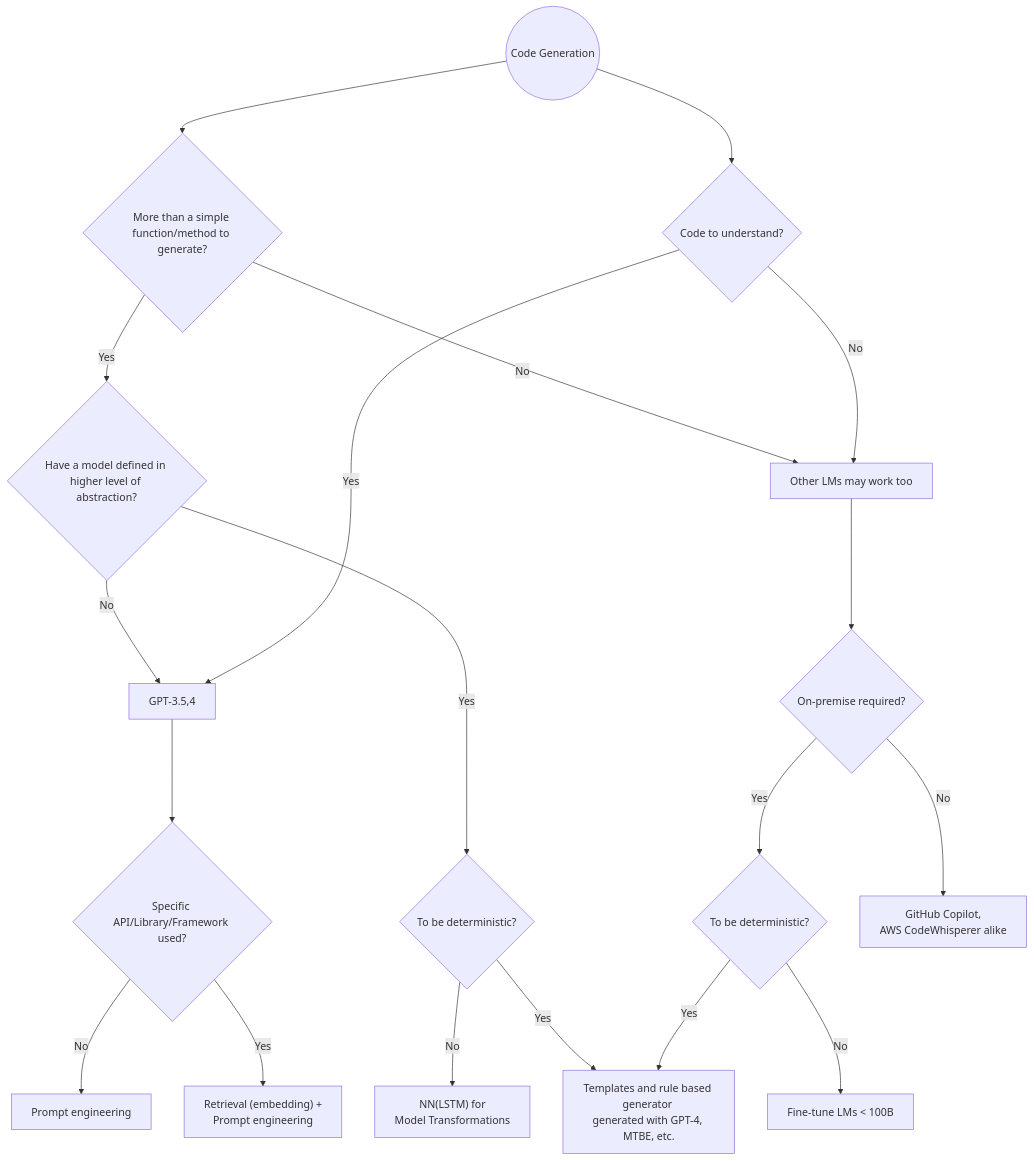
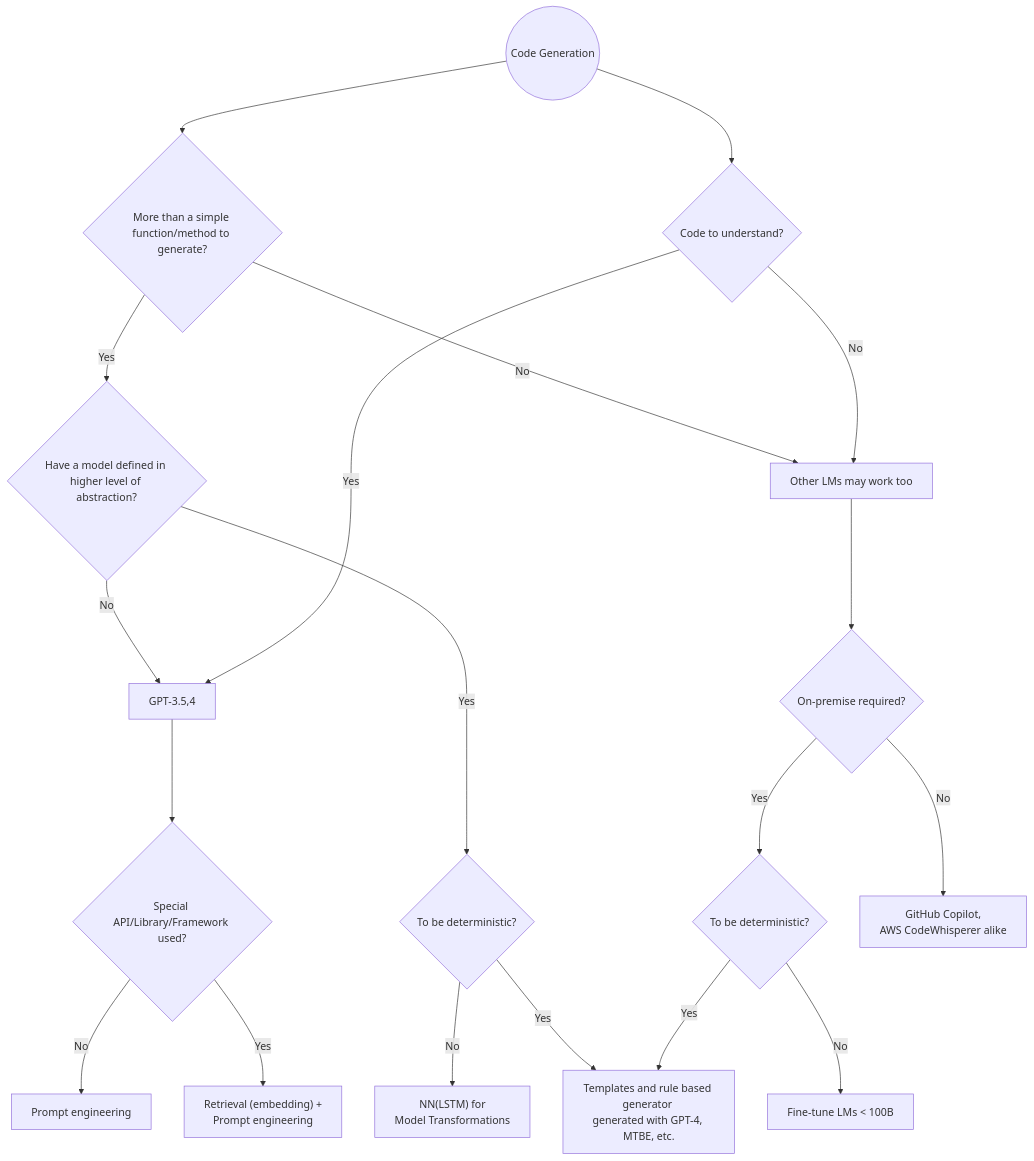
The diagram in Code-LLM-alternatives.md (AI-LLM/ai-llm.github.io), drawn with Mermaid before and after one commit.

````diff
--- a/Code-LLM-alternatives.md
+++ b/Code-LLM-alternatives.md
@@ -612,21 +612,21 @@
 ```mermaid
 graph TD;
     S((Code Generation))-->Q1{"More than a simple \nfunction/method to generate?"};
     S-->Q2{Code to understand?};
     Q1 -- Yes --> Q1a{"Have a model defined in \nhigher level of abstraction?"}
     Q1a -- No --> P1[GPT-3.5,4];
     Q1a -- Yes --> Q1b{To be deterministic?} 
     Q1b -- No --> P12["NN(LSTM) for \nModel Transformations"]
     Q1b -- Yes --> P21
     Q1 -- No -->P2[Other LMs may work too];
     Q2 -- Yes -->P1[GPT-3.5,4];
     Q2 -- No -->P2;
-    P1 --> Q3{"Specific \nAPI/Library/Framework used?"};
+    P1 --> Q3{"Special \nAPI/Library/Framework used?"};
     Q3 -- No -->P10[Prompt engineering];
     Q3 -- Yes -->P11["Retrieval (embedding) + \nPrompt engineering"];
     P2 --> Q4{On-premise required?};
     Q4 -- Yes --> Q5{To be deterministic?};
     Q4 -- No --> P23["GitHub Copilot, \nAWS CodeWhisperer alike"]
     Q5 -- Yes --> P21["Templates and rule based generator \ngenerated with GPT-4, MTBE, etc."]
     Q5 -- No --> P22[Fine-tune LMs < 100B]
 ```
````
